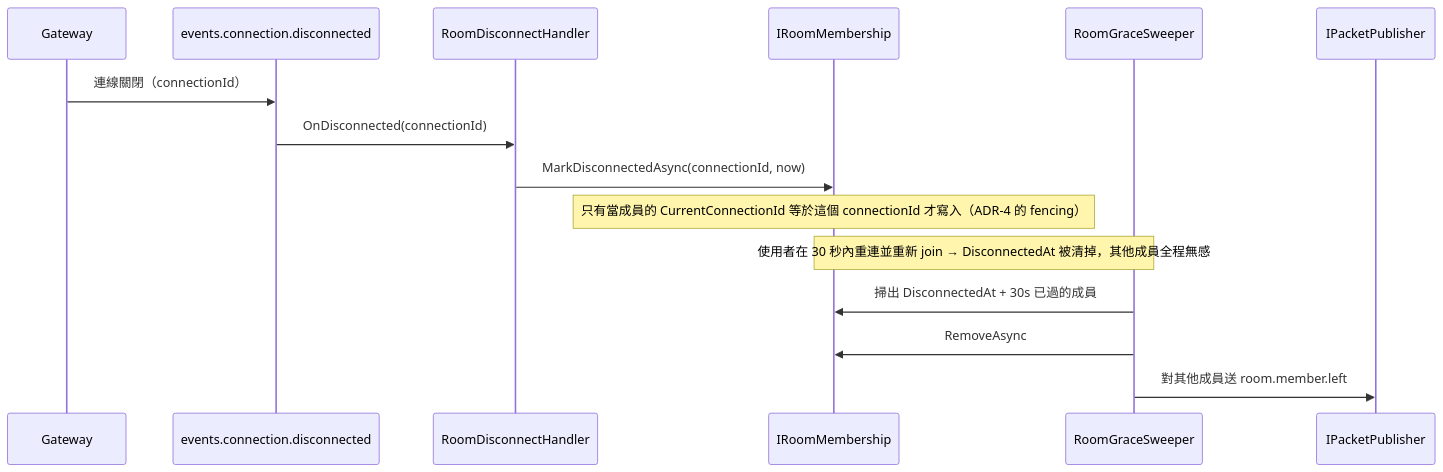
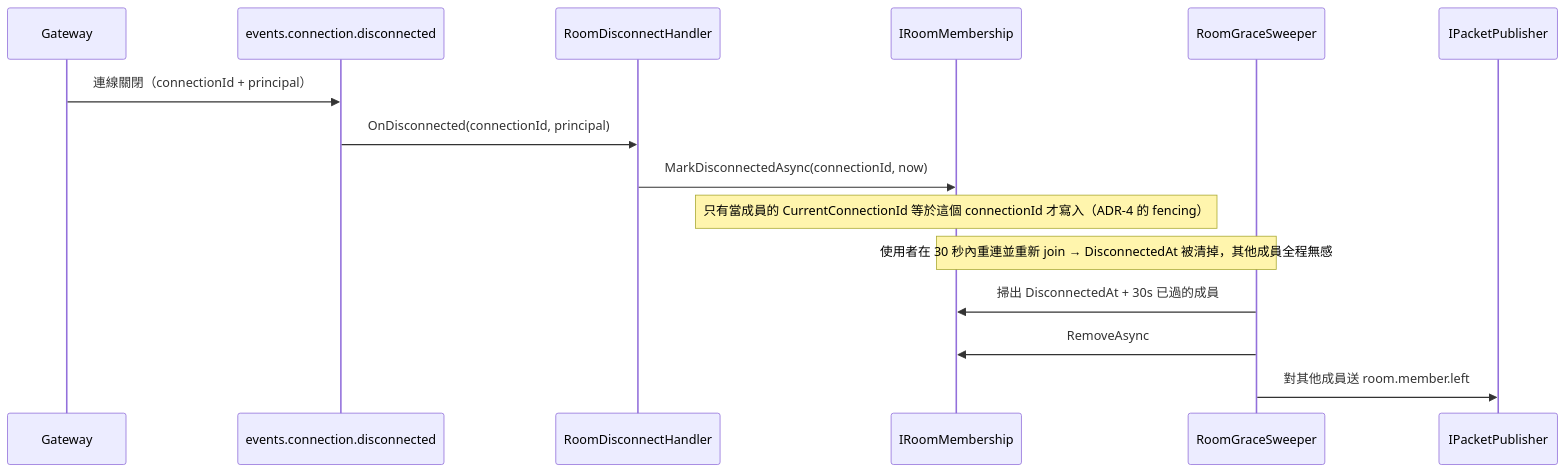
The fourth of 5 diagrams in docs/architecture/room-layer.md (yggdrasill-dev/ChatSystem), drawn with Mermaid before and after one commit. The commit also changed other lines of this file and 4 other files, not shown here.

````diff
--- a/docs/architecture/room-layer.md
+++ b/docs/architecture/room-layer.md
@@ -126,20 +126,20 @@
 ```mermaid
 sequenceDiagram
     participant GW as Gateway
     participant EV as events.connection.disconnected
     participant H as RoomDisconnectHandler
     participant MS as IRoomMembership
     participant SW as RoomGraceSweeper
     participant PP as IPacketPublisher
 
-    GW->>EV: 連線關閉（connectionId）
-    EV->>H: OnDisconnected(connectionId)
+    GW->>EV: 連線關閉（connectionId + principal）
+    EV->>H: OnDisconnected(connectionId, principal)
     H->>MS: MarkDisconnectedAsync(connectionId, now)
     Note over MS: 只有當成員的 CurrentConnectionId 等於這個 connectionId 才寫入（ADR-4 的 fencing）
 
     Note over MS,SW: 使用者在 30 秒內重連並重新 join → DisconnectedAt 被清掉，其他成員全程無感
 
     SW->>MS: 掃出 DisconnectedAt + 30s 已過的成員
     SW->>MS: RemoveAsync
     SW->>PP: 對其他成員送 room.member.left
 ```
````
